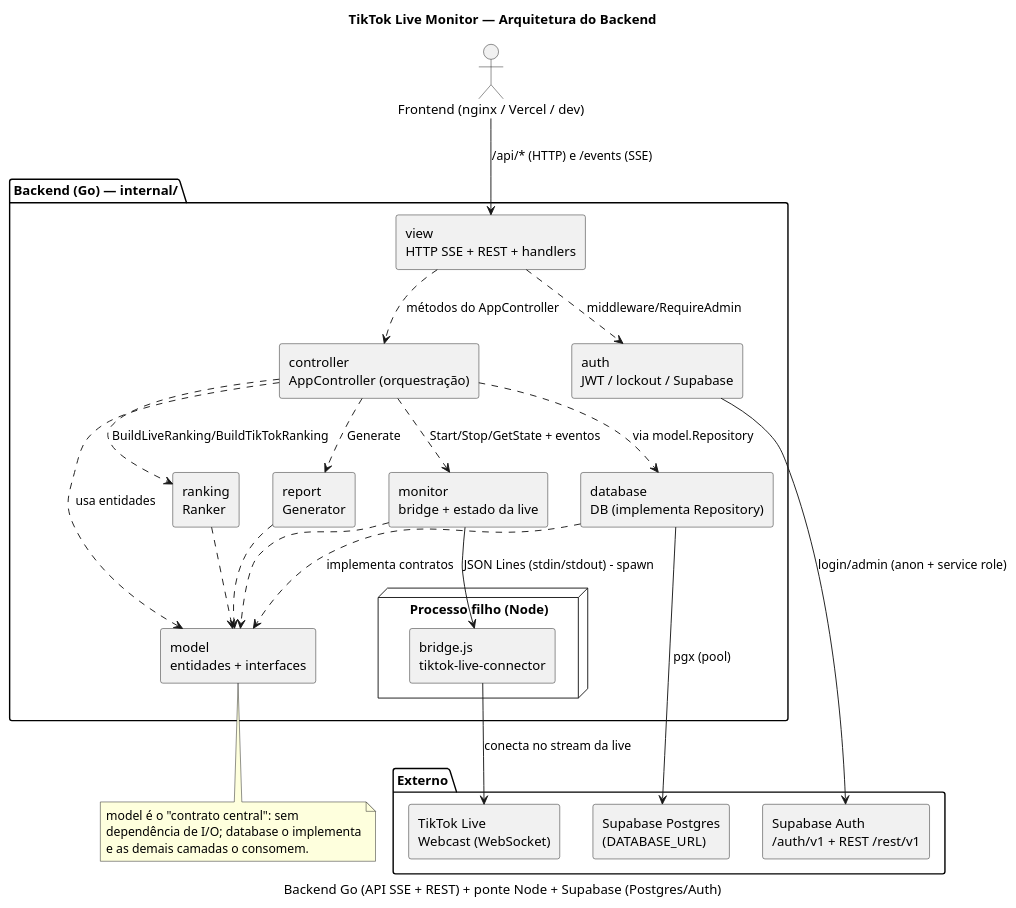
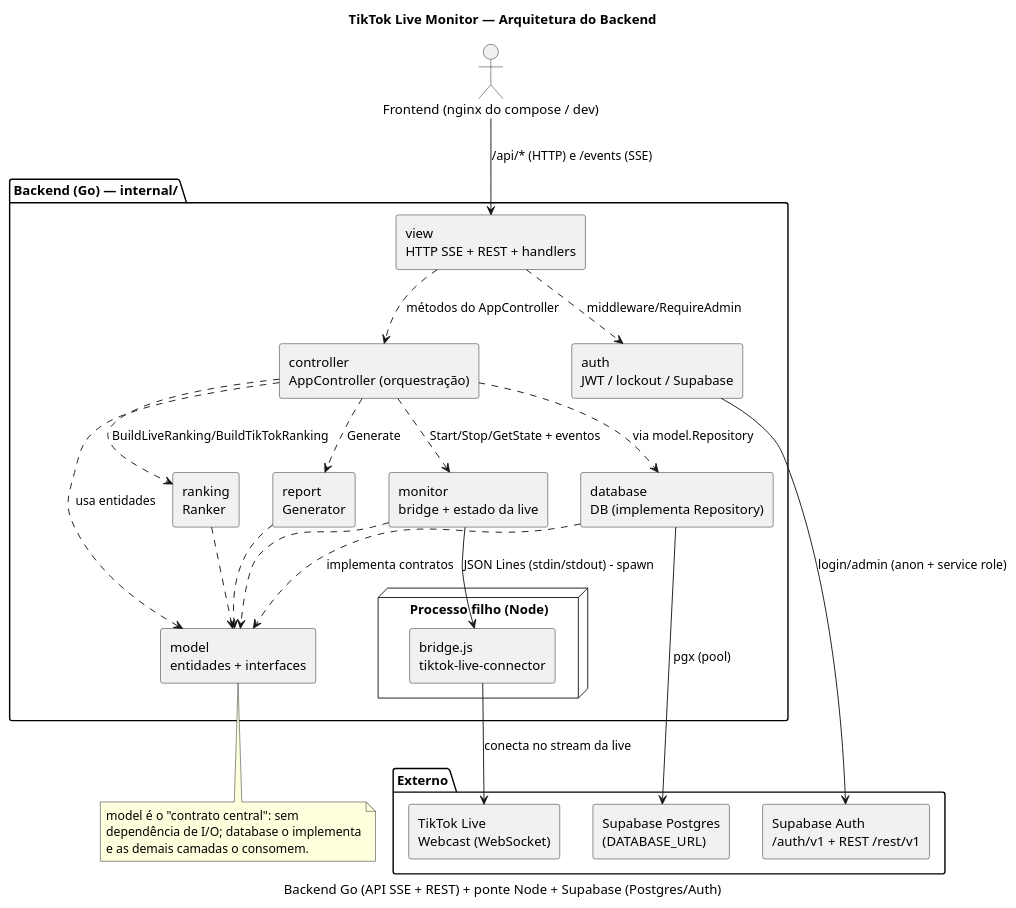
Before and after one commit to thiagohmm/tiktokLiveMonitor: the diagram in docs/backend/diagrams/00-arquitetura.puml, drawn with PlantUML. The commit also changed 97 other files, not shown here.

```diff
--- a/docs/backend/diagrams/00-arquitetura.puml
+++ b/docs/backend/diagrams/00-arquitetura.puml
@@ -1,64 +1,64 @@
 @startuml
 ' 00-arquitetura.puml — Visão geral da arquitetura do backend
 title TikTok Live Monitor — Arquitetura do Backend
 caption Backend Go (API SSE + REST) + ponte Node + Supabase (Postgres/Auth)
 
 skinparam componentStyle rectangle
 skinparam defaultFontName "Helvetica"
 
-actor "Frontend (nginx / Vercel / dev)" as FE
+actor "Frontend (nginx do compose / dev)" as FE
 
 package "Backend (Go) — internal/" {
     component "view\nHTTP SSE + REST + handlers" as VIEW
     component "controller\nAppController (orquestração)" as CTRL
     component "monitor\nbridge + estado da live" as MON
     component "ranking\nRanker" as RANK
     component "report\nGenerator" as REP
     component "auth\nJWT / lockout / Supabase" as AUTH
     component "database\nDB (implementa Repository)" as DB
     component "model\nentidades + interfaces" as MODEL
 
     node "Processo filho (Node)" {
         component "bridge.js\ntiktok-live-connector" as BRIDGE
     }
 }
 
 package "Externo" {
     component "Supabase Auth\n/auth/v1 + REST /rest/v1" as SUPAUTH
     component "Supabase Postgres\n(DATABASE_URL)" as SUPAPG
     component "TikTok Live\nWebcast (WebSocket)" as TIKTOK
 }
 
 ' Camadas internas (dependência estrutural)
 VIEW ..> CTRL : métodos do AppController
 CTRL ..> MON : Start/Stop/GetState + eventos
 CTRL ..> DB : via model.Repository
 CTRL ..> RANK : BuildLiveRanking/BuildTikTokRanking
 CTRL ..> REP : Generate
 DB ..> MODEL : implementa contratos
 CTRL ..> MODEL : usa entidades
 RANK ..> MODEL
 REP ..> MODEL
 MON ..> MODEL
 
 ' Fluxo de dados principal
 FE -down-> VIEW : /api/* (HTTP) e /events (SSE)
 
 ' ponte Node (processo filho gerenciado pelo monitor)
 MON -down-> BRIDGE : JSON Lines (stdin/stdout) - spawn
 BRIDGE -down-> TIKTOK : conecta no stream da live
 
 ' persistência
 DB -right-> SUPAPG : pgx (pool)
 
 ' autenticação
 VIEW ..> AUTH : middleware/RequireAdmin
 AUTH -right-> SUPAUTH : login/admin (anon + service role)
 
 note bottom of MODEL
   model é o "contrato central": sem
   dependência de I/O; database o implementa
   e as demais camadas o consomem.
 end note
 
 @enduml
```
